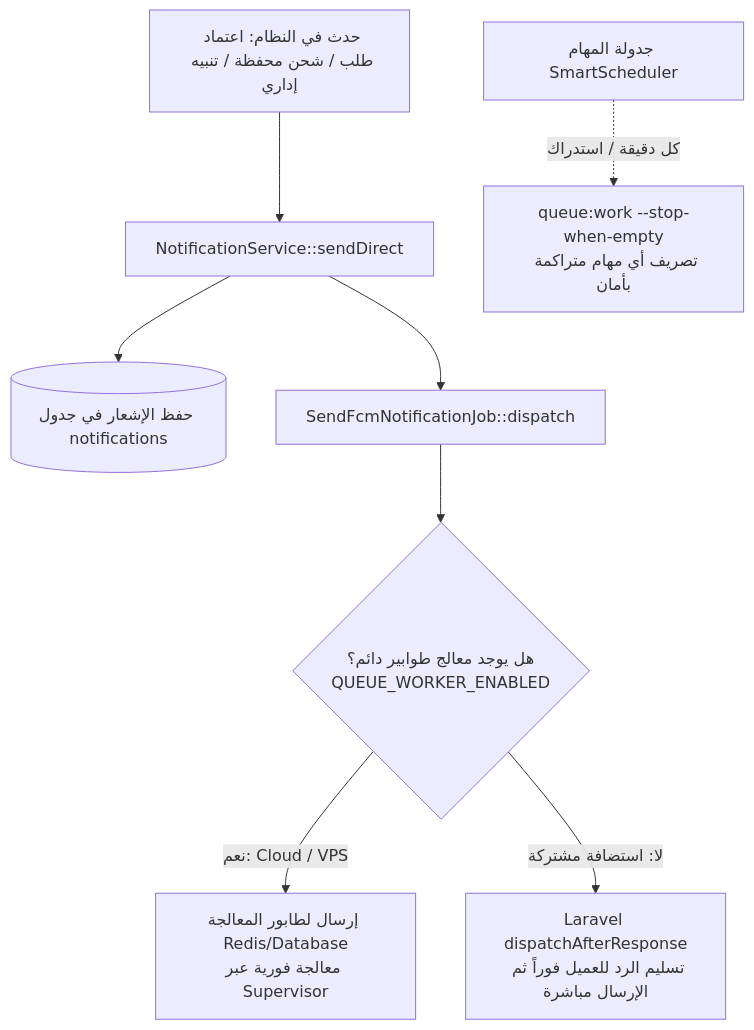
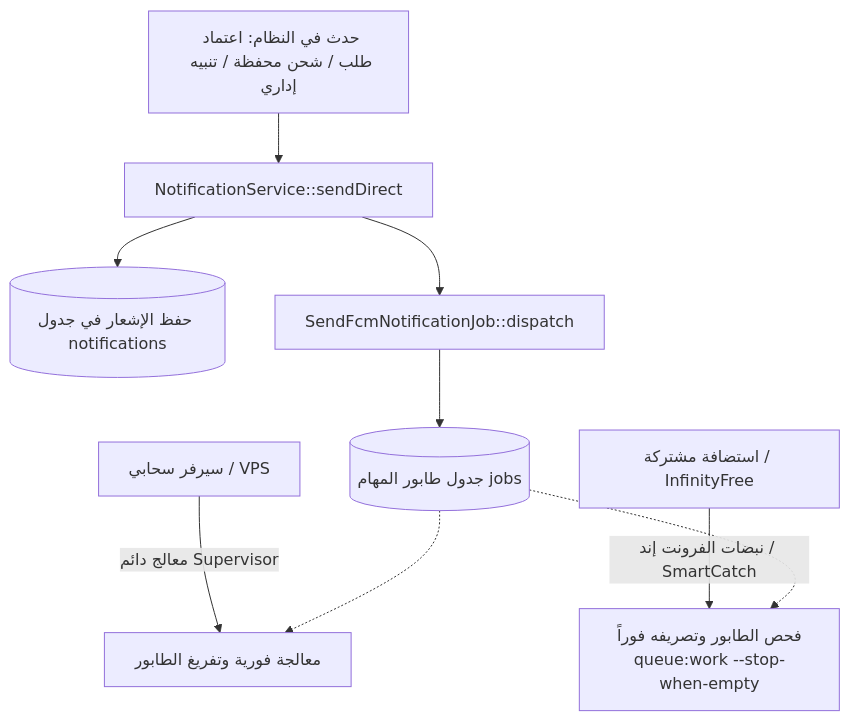
One commit to smartixit/netsales_api changed the diagram in docs/FIREBASE_SETUP_GUIDE.md. Above: the diagram before and after it, drawn with Mermaid. The commit also changed other lines of this file and 2 other files, not shown here.

Commit message:
Refactor queue work

````diff
--- a/docs/FIREBASE_SETUP_GUIDE.md
+++ b/docs/FIREBASE_SETUP_GUIDE.md
@@ -151,13 +151,14 @@
 ```mermaid
 flowchart TD
     A[حدث في النظام: اعتماد طلب / شحن محفظة / تنبيه إداري] --> B[NotificationService::sendDirect]
     B --> C[(حفظ الإشعار في جدول notifications)]
     B --> D[SendFcmNotificationJob::dispatch]
     
-    D --> E{هل يوجد معالج طوابير دائم؟<br>QUEUE_WORKER_ENABLED}
+    D --> E[(جدول طابور المهام jobs)]
     
-    E -- نعم: Cloud / VPS --> F[إرسال لطابور المعالجة Redis/Database<br>معالجة فورية عبر Supervisor]
-    E -- لا: استضافة مشتركة --> G[Laravel dispatchAfterResponse<br>تسليم الرد للعميل فوراً ثم الإرسال مباشرة]
+    F[سيرفر سحابي / VPS] -->|معالج دائم Supervisor| G[معالجة فورية وتفريغ الطابور]
+    H[استضافة مشتركة / InfinityFree] -->|نبضات الفرونت إند / SmartCatch| I[فحص الطابور وتصريفه فوراً<br>queue:work --stop-when-empty]
     
-    H[جدولة المهام SmartScheduler] -.->|كل دقيقة / استدراك| I[queue:work --stop-when-empty<br>تصريف أي مهام متراكمة بأمان]
+    E -.-> G
+    E -.-> I
 ```
````
